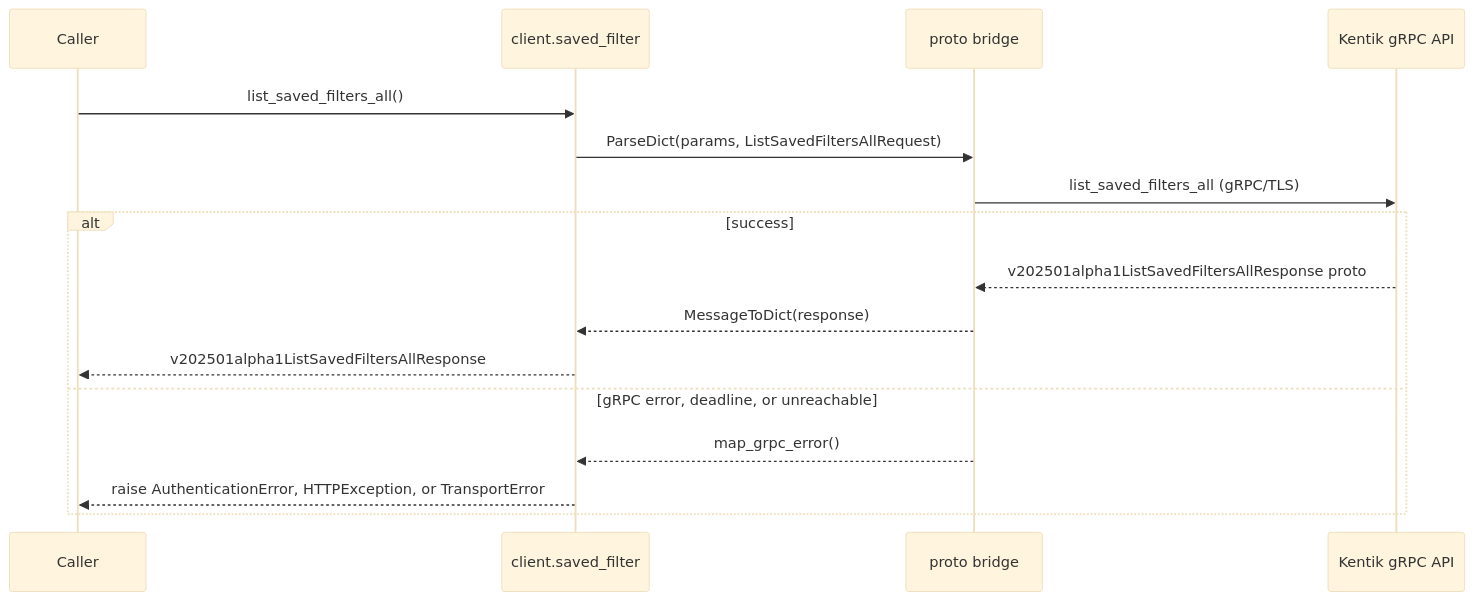
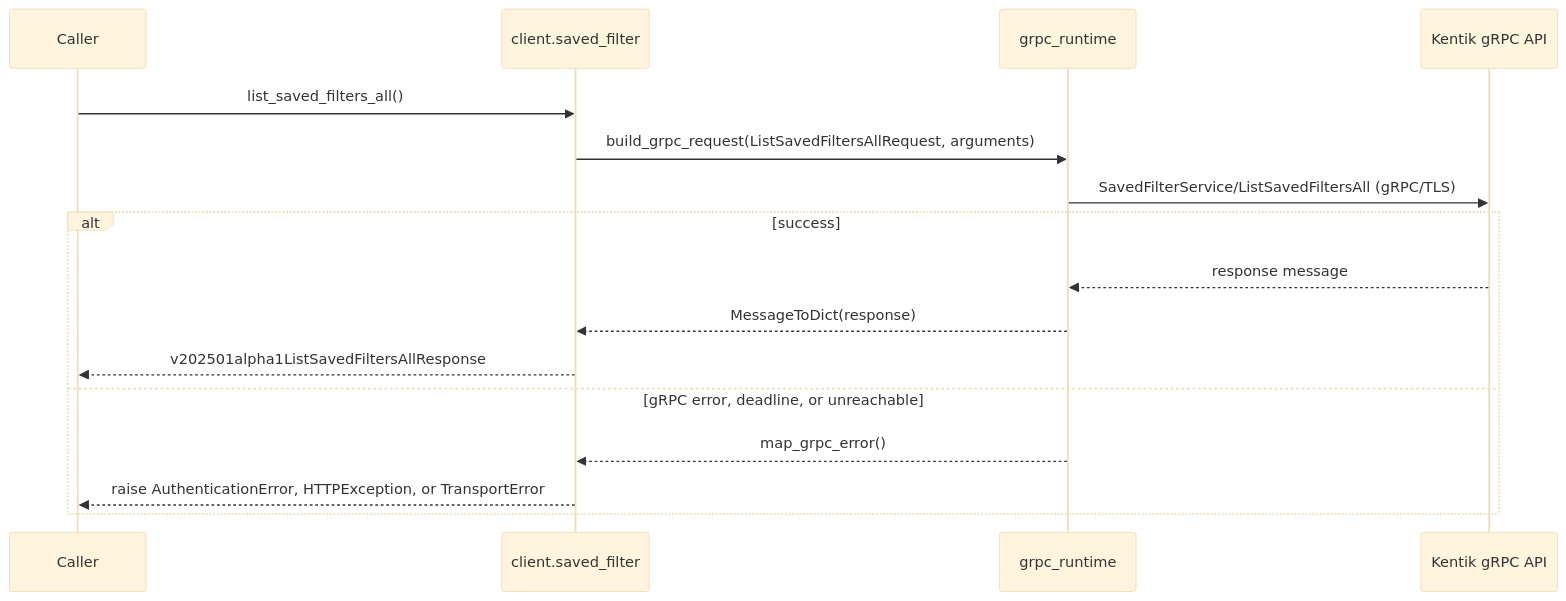
Diagram 13 of 14 in docs/sphinx/services/saved_filter.md (alexdearaujo/community_sdk_python), drawn with Mermaid (base theme) before and after one commit. The commit also changed other lines of this file and 37 other files, not shown here.

First line of the commit message:
docs: show the real RPC in each service page's gRPC diagram

````diff
--- a/docs/sphinx/services/saved_filter.md
+++ b/docs/sphinx/services/saved_filter.md
@@ -433,19 +433,19 @@
 ```mermaid
 sequenceDiagram
     participant C as Caller
     participant W as client.saved_filter
-    participant B as proto bridge
+    participant R as grpc_runtime
     participant API as Kentik gRPC API
 
     C->>W: list_saved_filters_all()
-    W->>B: ParseDict(params, ListSavedFiltersAllRequest)
-    B->>API: list_saved_filters_all (gRPC/TLS)
+    W->>R: build_grpc_request(ListSavedFiltersAllRequest, arguments)
+    R->>API: SavedFilterService/ListSavedFiltersAll (gRPC/TLS)
     alt success
-        API-->>B: v202501alpha1ListSavedFiltersAllResponse proto
-        B-->>W: MessageToDict(response)
+        API-->>R: response message
+        R-->>W: MessageToDict(response)
         W-->>C: v202501alpha1ListSavedFiltersAllResponse
     else gRPC error, deadline, or unreachable
-        B-->>W: map_grpc_error()
+        R-->>W: map_grpc_error()
         W-->>C: raise AuthenticationError, HTTPException, or TransportError
     end
 ```
````
